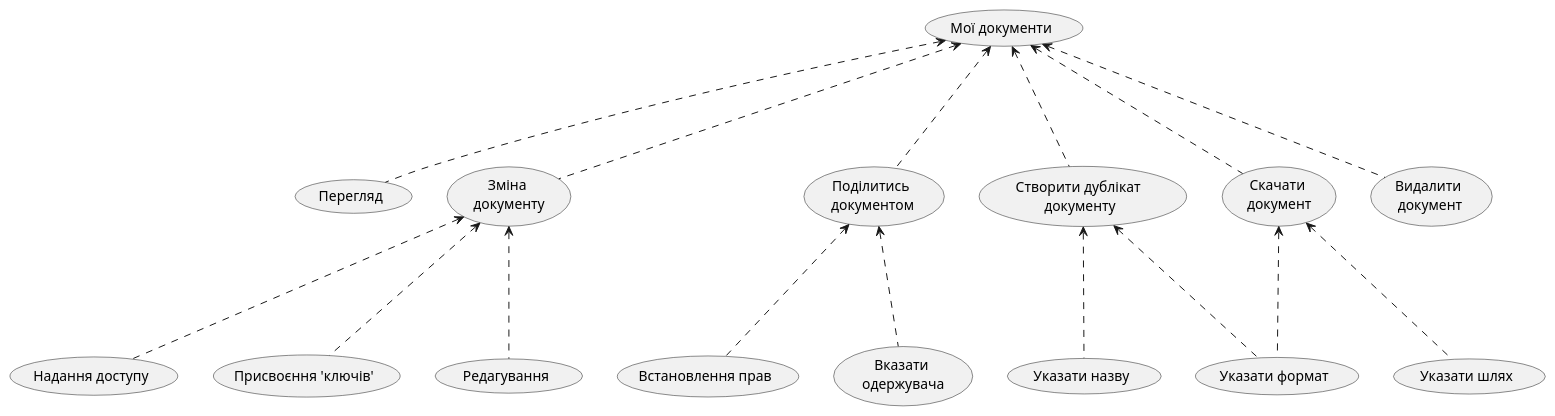
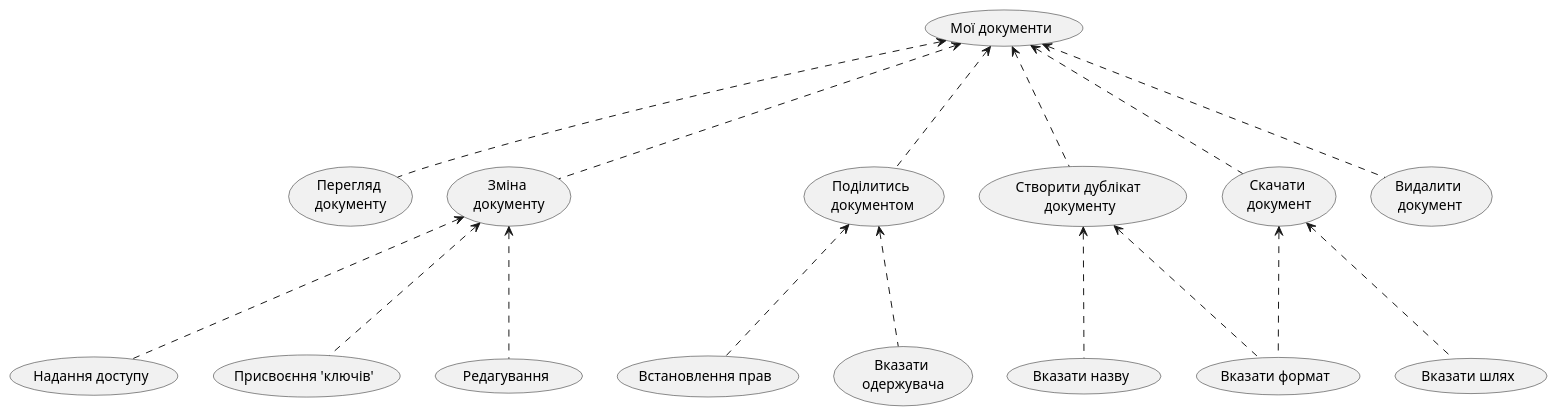
One commit to Ananasik-bet/occured-FICT changed the diagram in Project/doc/useCaseDiagrams/plantUml/myDocumentations.puml. Above: the diagram before and after it, drawn with PlantUML.

```diff
--- a/Project/doc/useCaseDiagrams/plantUml/myDocumentations.puml
+++ b/Project/doc/useCaseDiagrams/plantUml/myDocumentations.puml
@@ -1,24 +1,24 @@
 @startuml
 
-(Мої документи)<...(Перегляд)
+(Мої документи)<...(Перегляд \nдокументу)
 
 (Мої документи)<...(Зміна \nдокументу)
 (Зміна \nдокументу)<...(Надання доступу)
 (Зміна \nдокументу)<...(Присвоєння 'ключів')
 (Зміна \nдокументу)<...(Редагування)
 
 (Мої документи)<...(Поділитись \nдокументом)
 (Поділитись \nдокументом)<...(Встановлення прав)
 (Поділитись \nдокументом)<...(Вказати \nодержувача)
 
 (Мої документи)<...(Створити дублікат \nдокументу)
-(Створити дублікат \nдокументу)<...(Указати назву)
-(Створити дублікат \nдокументу)<...(Указати формат)
+(Створити дублікат \nдокументу)<...(Вказати назву)
+(Створити дублікат \nдокументу)<...(Вказати формат)
 
 (Мої документи)<...(Скачати \nдокумент)
-(Скачати \nдокумент)<...(Указати формат)
-(Скачати \nдокумент)<...(Указати шлях)
+(Скачати \nдокумент)<...(Вказати формат)
+(Скачати \nдокумент)<...(Вказати шлях)
 
 (Мої документи)<...(Видалити \nдокумент)
 
 @endum
```
